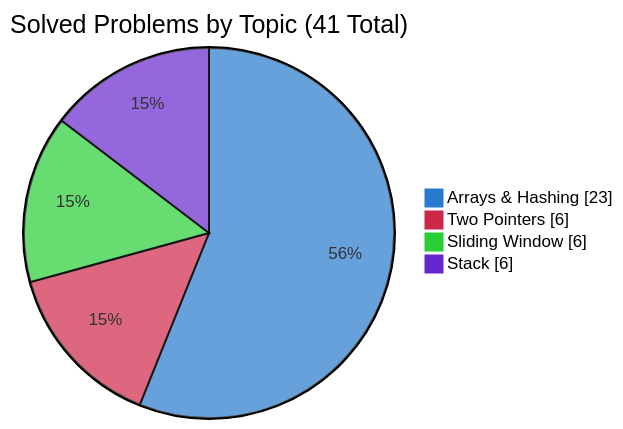
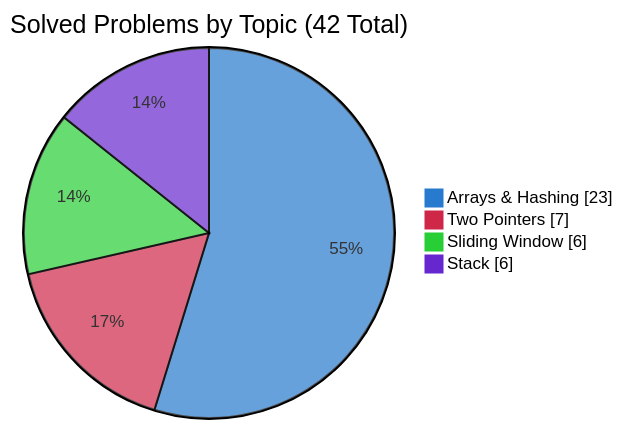
Before and after one commit to simonesiega/leetcode-solutions: the first of 4 diagrams in README.md, drawn with Mermaid. The commit also changed other lines of this file and 4 other files, not shown here.

````diff
--- a/README.md
+++ b/README.md
@@ -75,9 +75,9 @@
 ```mermaid
 %%{init: {"themeVariables":{"pie1":"#277ace","pie2":"#ce2748","pie3":"#27ce35","pie4":"#6727ce"},"themeCSS":".pieCircle:nth-of-type(1){fill:#277ace!important}.legend:nth-of-type(2) rect{fill:#277ace!important;stroke:#277ace!important}.pieCircle:nth-of-type(2){fill:#ce2748!important}.legend:nth-of-type(3) rect{fill:#ce2748!important;stroke:#ce2748!important}.pieCircle:nth-of-type(3){fill:#27ce35!important}.legend:nth-of-type(4) rect{fill:#27ce35!important;stroke:#27ce35!important}.pieCircle:nth-of-type(4){fill:#6727ce!important}.legend:nth-of-type(5) rect{fill:#6727ce!important;stroke:#6727ce!important}"}}%%
 pie showData
-    title Solved Problems by Topic (41 Total)
+    title Solved Problems by Topic (42 Total)
     "Arrays & Hashing" : 23
-    "Two Pointers" : 6
+    "Two Pointers" : 7
     "Sliding Window" : 6
     "Stack" : 6
 ```
````
